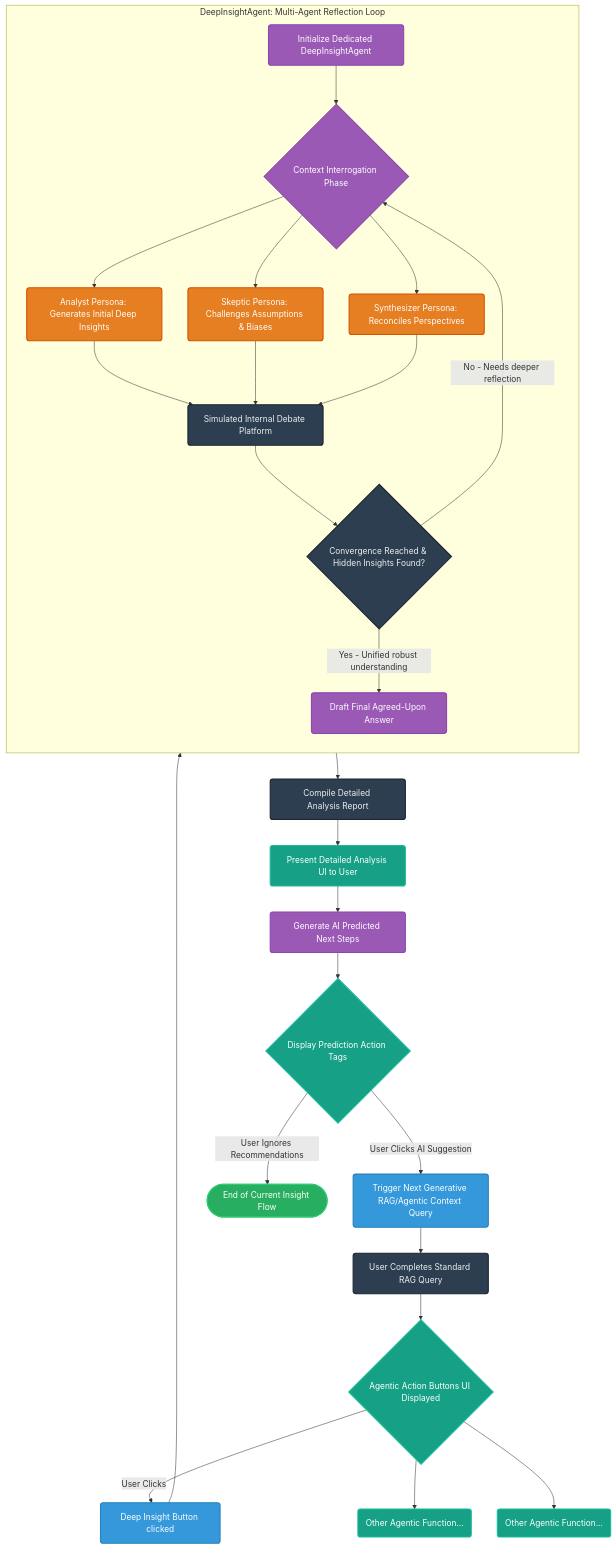
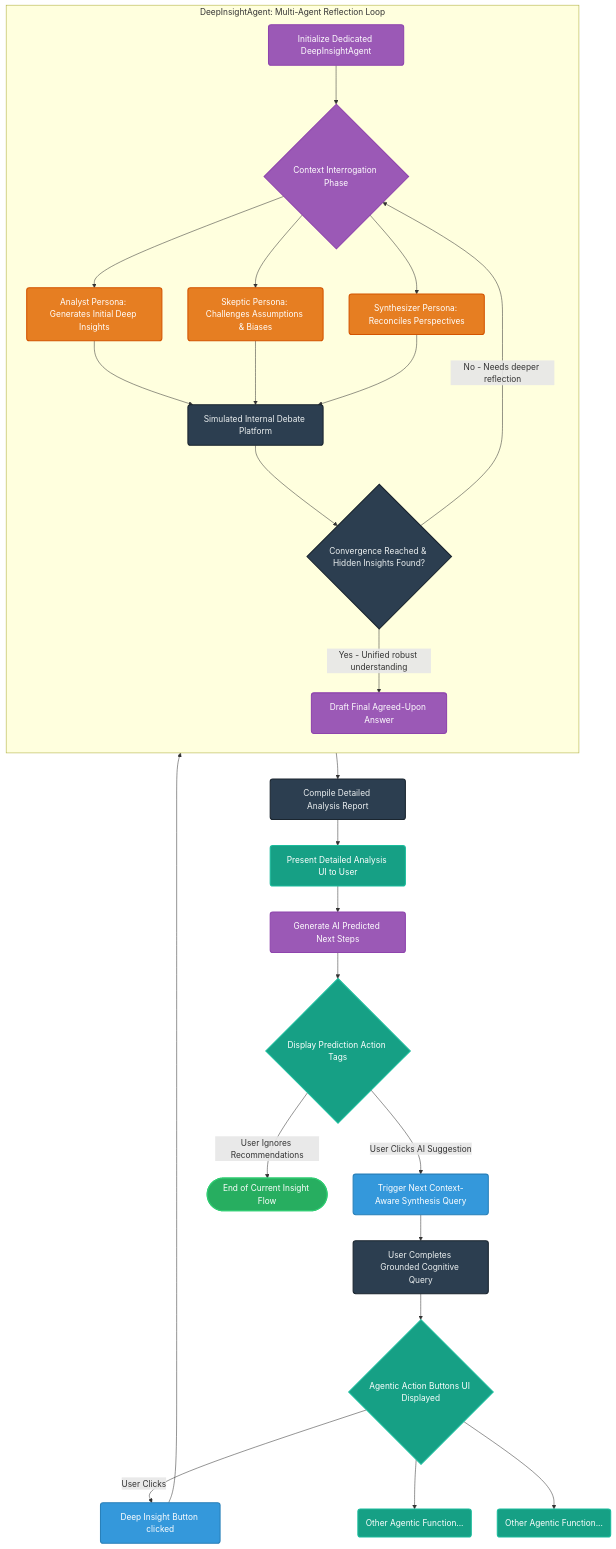
One commit to PankajVarma-PUV/SpandaOS changed the diagram in About Spanda Operating Soul/Agentic_Flow Deep Insights.md. Above: the diagram before and after it, drawn with Mermaid. The commit also changed other lines of this file and 19 other files, not shown here.

Commit message:
Finalized SOTA SpandaOS Architecture

````diff
--- a/About Spanda Operating Soul/Agentic_Flow Deep Insights.md
+++ b/About Spanda Operating Soul/Agentic_Flow Deep Insights.md
@@ -34,46 +34,46 @@
 ```mermaid
 flowchart TD
     %% Styling Profiles
     classDef userAction fill:#3498db,stroke:#2980b9,stroke-width:2px,color:#fff,rx:5px,ry:5px
     classDef stateNode fill:#2c3e50,stroke:#1a252f,stroke-width:2px,color:#ecf0f1,rx:5px,ry:5px
     classDef agentCore fill:#9b59b6,stroke:#8e44ad,stroke-width:2px,color:#fff,rx:5px,ry:5px
     classDef debatePersona fill:#e67e22,stroke:#d35400,stroke-width:2px,color:#fff,rx:5px,ry:5px
     classDef uiElement fill:#16a085,stroke:#1abc9c,stroke-width:2px,color:#fff,rx:5px,ry:5px
     classDef finishNode fill:#27ae60,stroke:#2ecc71,stroke-width:2px,color:#fff,rx:5px,ry:5px
 
-    A[User Completes Standard RAG Query]:::stateNode --> B{Agentic Action Buttons UI Displayed}:::uiElement
+    A[User Completes Grounded Cognitive Query]:::stateNode --> B{Agentic Action Buttons UI Displayed}:::uiElement
     
     B -->|User Clicks| C(Deep Insight Button clicked):::userAction
     B --> btn2(Other Agentic Function...):::uiElement
     B --> btn3(Other Agentic Function...):::uiElement
 
     C --> D[Initialize Dedicated DeepInsightAgent]:::agentCore
     
     subgraph Multi-Agent Reflection Loop [DeepInsightAgent: Multi-Agent Reflection Loop]
         direction TB
         D --> E{Context Interrogation Phase}:::agentCore
         
         E --> F1[Analyst Persona: Generates Initial Deep Insights]:::debatePersona
         E --> F2[Skeptic Persona: Challenges Assumptions & Biases]:::debatePersona
         E --> F3[Synthesizer Persona: Reconciles Perspectives]:::debatePersona
         
         F1 --> G[Simulated Internal Debate Platform]:::stateNode
         F2 --> G
         F3 --> G
         
         G --> H{Convergence Reached & Hidden Insights Found?}:::stateNode
         H -->|No - Needs deeper reflection| E
         H -->|Yes - Unified robust understanding| I[Draft Final Agreed-Upon Answer]:::agentCore
     end
     
     I --> J[Compile Detailed Analysis Report]:::stateNode
     J --> K[Present Detailed Analysis UI to User]:::uiElement
     
     K --> L[Generate AI Predicted Next Steps]:::agentCore
     L --> M{Display Prediction Action Tags}:::uiElement
     
-    M -->|User Clicks AI Suggestion| N[Trigger Next Generative RAG/Agentic Context Query]:::userAction
+    M -->|User Clicks AI Suggestion| N[Trigger Next Context-Aware Synthesis Query]:::userAction
     M -->|User Ignores Recommendations| O([End of Current Insight Flow]):::finishNode
     
     N --> A
 ```
````
